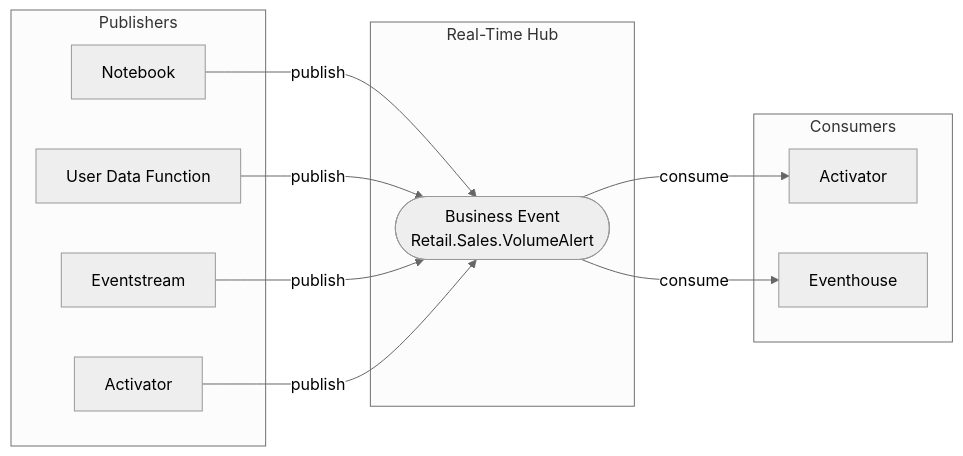
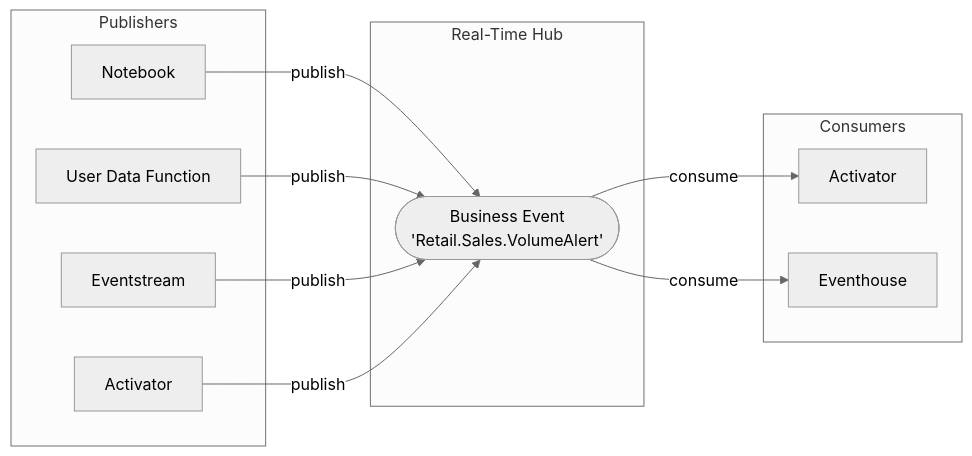
Before and after one commit to microsoft/fabric-events: the diagram in docs/business-events/introduction/what-are-business-events.md, drawn with Mermaid (neutral theme). The commit also changed 9 other files, not shown here.

First line of the commit message:
Standardize Business Event diagram nodes across all articles

````diff
--- a/docs/business-events/introduction/what-are-business-events.md
+++ b/docs/business-events/introduction/what-are-business-events.md
@@ -16,25 +16,25 @@
 ```mermaid
 flowchart LR
     subgraph Publishers
         NB[Notebook]
         UDF[User Data Function]
         ES[Eventstream]
         ACT1[Activator]
     end
 
     subgraph RTH[Real-Time Hub]
-        BE([Business Event\nRetail.Sales.VolumeAlert])
+        BE([Business Event\n'Retail.Sales.VolumeAlert'])
     end
 
     subgraph Consumers
         ACT2[Activator]
         EH[Eventhouse]
     end
 
     NB -->|publish| BE
     UDF -->|publish| BE
     ES -->|publish| BE
     ACT1 -->|publish| BE
     BE -->|consume| ACT2
     BE -->|consume| EH
 ```
````
